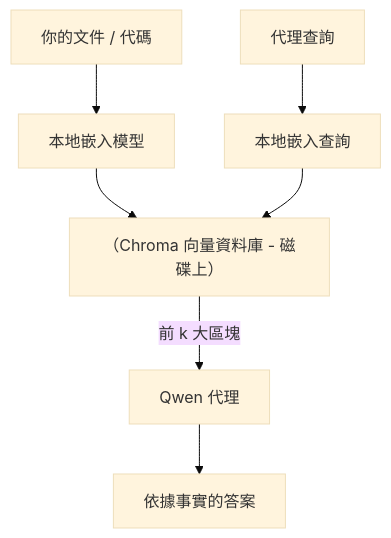
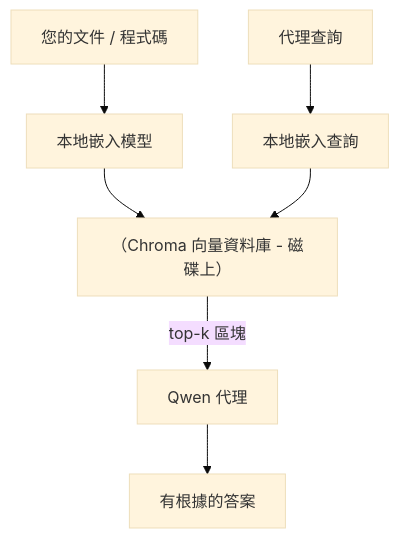
The third of 4 diagrams in translations/zh-TW/17-creating-local-ai-agents/README.md (microsoft/ai-agents-for-beginners), drawn with Mermaid (base theme) before and after one commit. The commit also changed other lines of this file and 44 other files, not shown here.

````diff
--- a/translations/zh-TW/17-creating-local-ai-agents/README.md
+++ b/translations/zh-TW/17-creating-local-ai-agents/README.md
@@ -125,9 +125,9 @@
 ```mermaid
 flowchart TB
-    D[你的文件 / 代碼] --> E[本地嵌入模型]
+    D[您的文件 / 程式碼] --> E[本地嵌入模型]
     E --> V[（Chroma 向量資料庫 - 磁碟上）]
     Q[代理查詢] --> QE[本地嵌入查詢]
     QE --> V
-    V -->|前 k 大區塊| A[Qwen 代理]
-    A --> Ans[依據事實的答案]
+    V -->|top-k 區塊| A[Qwen 代理]
+    A --> Ans[有根據的答案]
 ```
````
